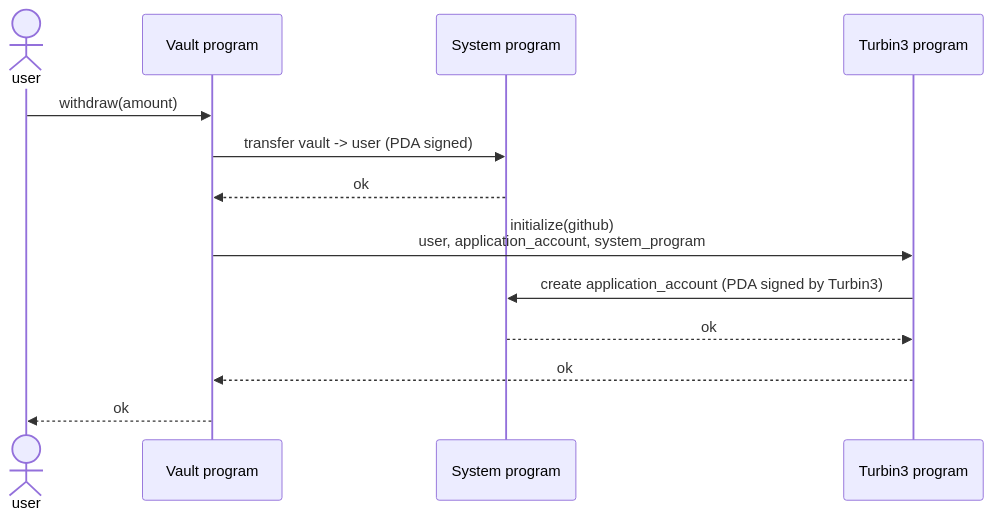
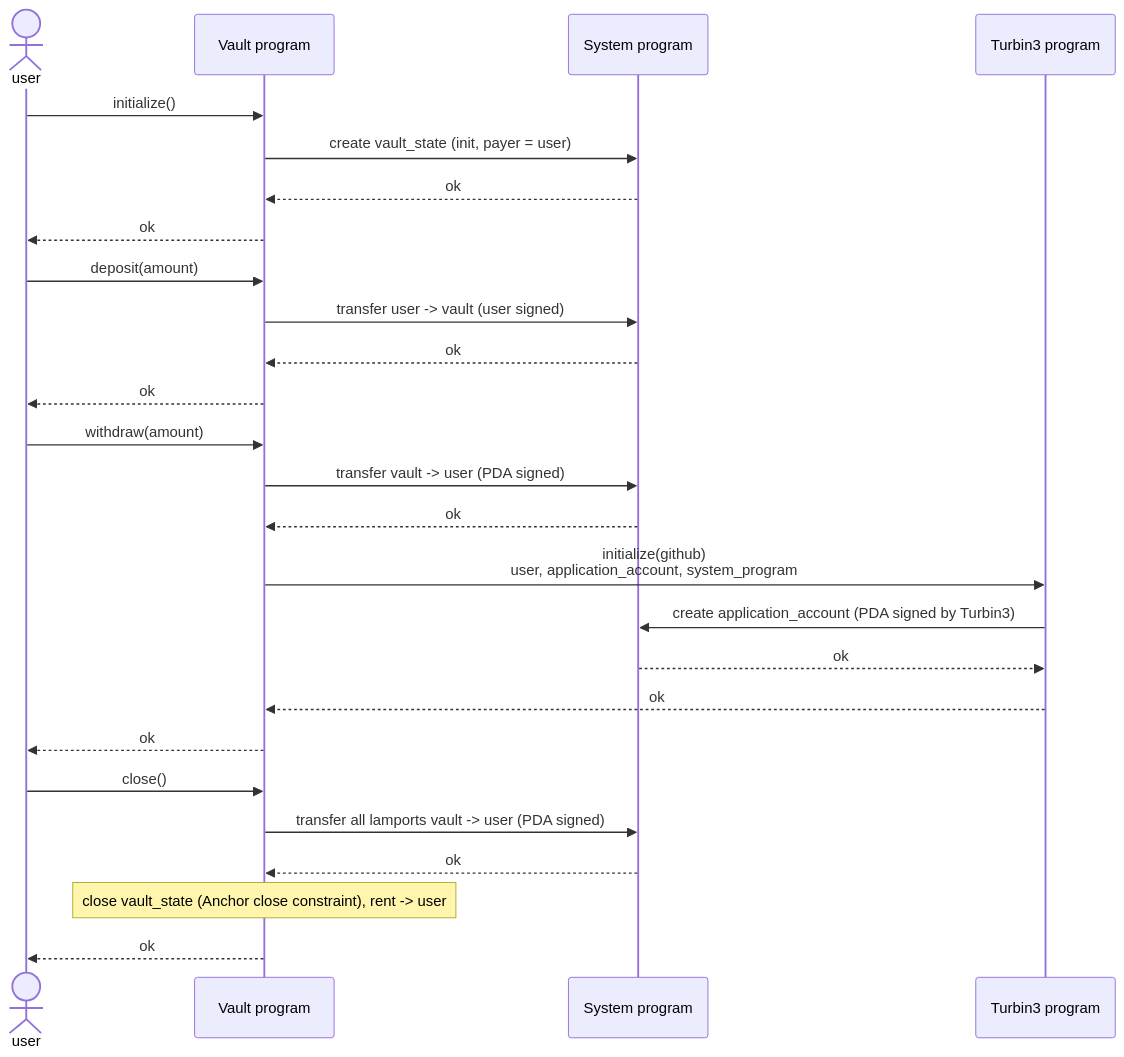
The second of 2 diagrams in ARCHITECTURE.md (SwineCoder101/pre-req-vault), drawn with Mermaid before and after one commit. The commit also changed other lines of this file, not shown here.

First line of the commit message:
architecture: add owner column, show all instruction flows

````diff
--- a/ARCHITECTURE.md
+++ b/ARCHITECTURE.md
@@ -73,16 +78,32 @@
 ```mermaid
 sequenceDiagram
     actor U as user
     participant V as Vault program
     participant S as System program
     participant T as Turbin3 program
+
+    U->>V: initialize()
+    V->>S: create vault_state (init, payer = user)
+    S-->>V: ok
+    V-->>U: ok
+
+    U->>V: deposit(amount)
+    V->>S: transfer user -> vault (user signed)
+    S-->>V: ok
+    V-->>U: ok
 
     U->>V: withdraw(amount)
     V->>S: transfer vault -> user (PDA signed)
     S-->>V: ok
     V->>T: initialize(github)<br/>user, application_account, system_program
     T->>S: create application_account (PDA signed by Turbin3)
     S-->>T: ok
     T-->>V: ok
     V-->>U: ok
+
+    U->>V: close()
+    V->>S: transfer all lamports vault -> user (PDA signed)
+    S-->>V: ok
+    note over V: close vault_state (Anchor close constraint), rent -> user
+    V-->>U: ok
 ```
````
